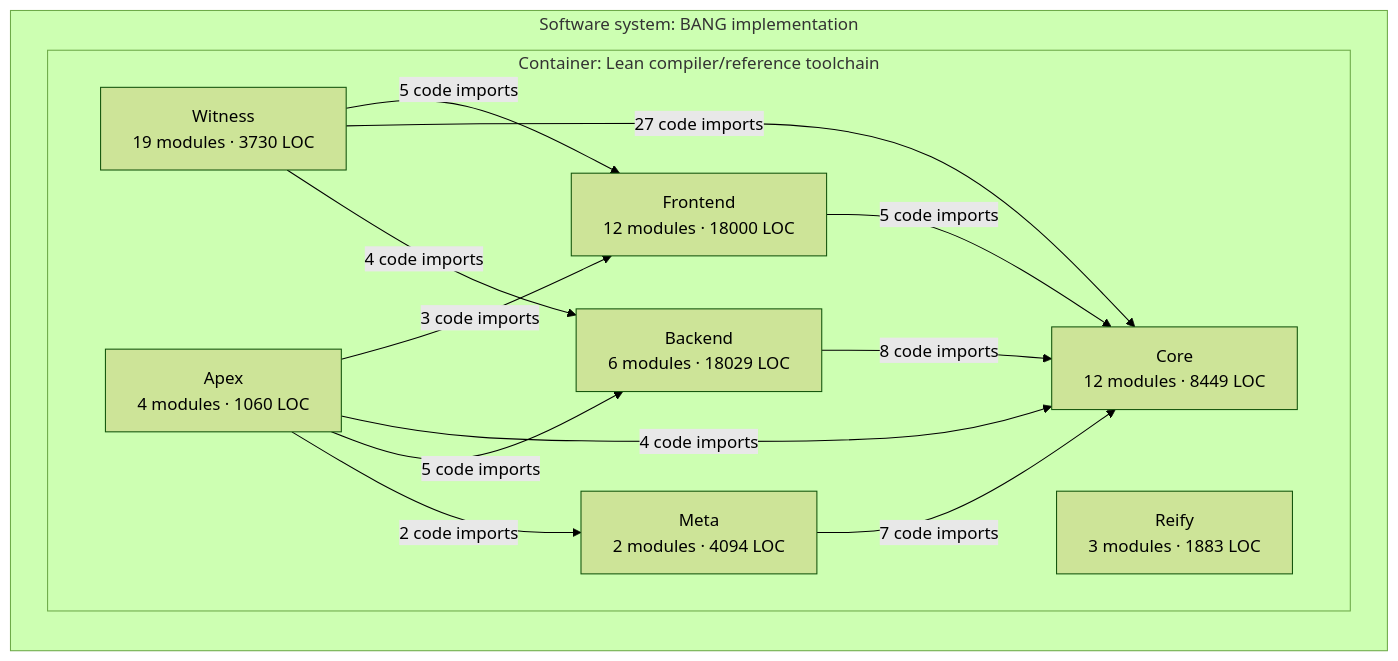
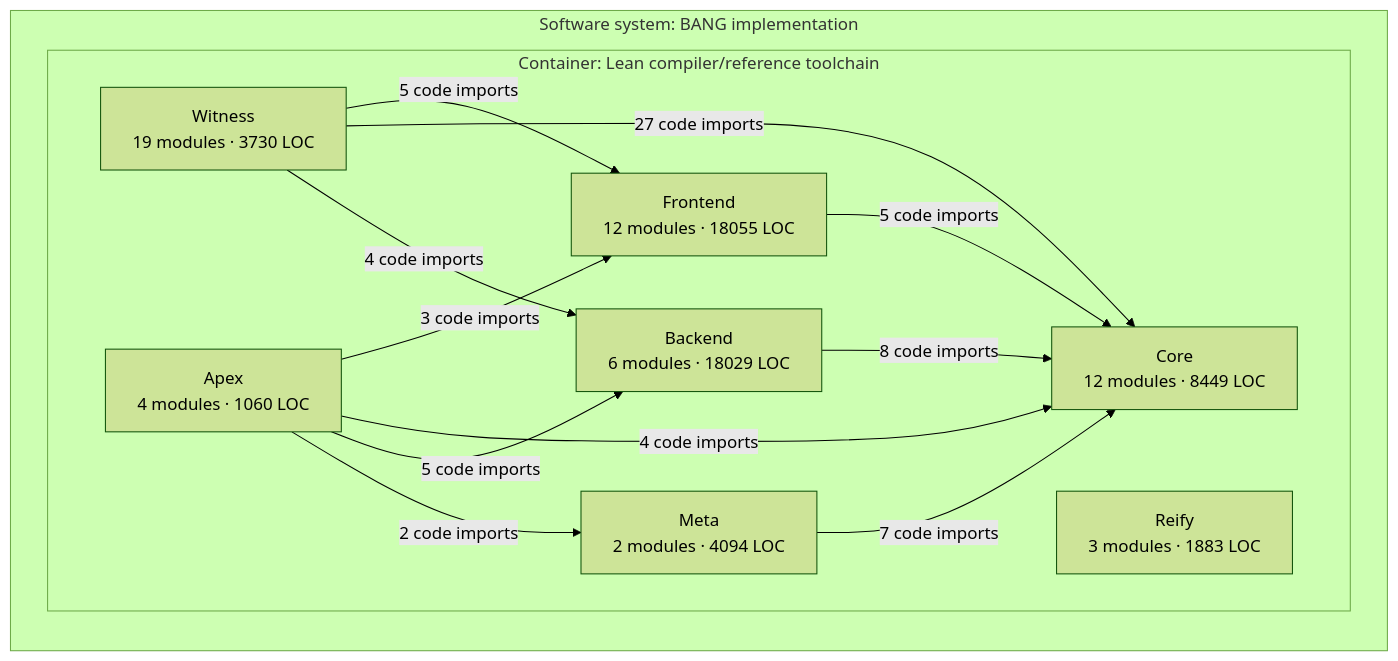
Before and after one commit to phibkro/bang: the third of 3 diagrams in docs/architecture/core-overview.md, drawn with Mermaid (forest theme). The commit also changed other lines of this file and 12 other files, not shown here.

Commit message:
feat(query): expose resolved module graph

````diff
--- a/docs/architecture/core-overview.md
+++ b/docs/architecture/core-overview.md
@@ -160,24 +160,24 @@
 ```mermaid
 flowchart LR
   subgraph system_BANG["Software system: BANG implementation"]
     subgraph container_Lean_toolchain["Container: Lean compiler/reference toolchain"]
-      component_Frontend["Frontend<br/>12 modules · 18000 LOC"]
+      component_Frontend["Frontend<br/>12 modules · 18055 LOC"]
       component_Core["Core<br/>12 modules · 8449 LOC"]
       component_Backend["Backend<br/>6 modules · 18029 LOC"]
       component_Meta["Meta<br/>2 modules · 4094 LOC"]
       component_Witness["Witness<br/>19 modules · 3730 LOC"]
       component_Reify["Reify<br/>3 modules · 1883 LOC"]
       component_Apex["Apex<br/>4 modules · 1060 LOC"]
     end
   end
   component_Frontend -->|5 code imports| component_Core
   component_Backend -->|8 code imports| component_Core
   component_Meta -->|7 code imports| component_Core
   component_Witness -->|5 code imports| component_Frontend
   component_Witness -->|27 code imports| component_Core
   component_Witness -->|4 code imports| component_Backend
   component_Apex -->|3 code imports| component_Frontend
   component_Apex -->|4 code imports| component_Core
   component_Apex -->|5 code imports| component_Backend
   component_Apex -->|2 code imports| component_Meta
 ```
````
